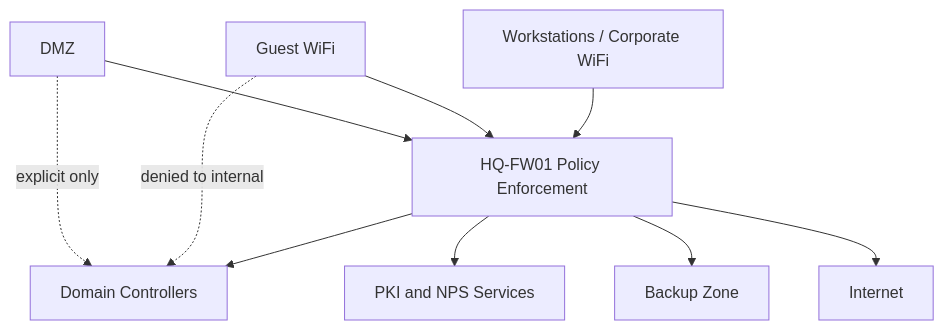
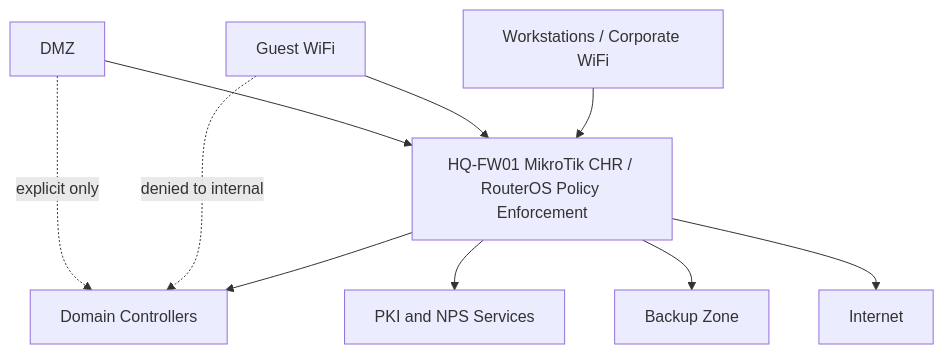
The third of 5 diagrams in docs/architecture/enterprise-lab-network-hld.md (gntech-dev/geil-enterprise-docs), drawn with Mermaid before and after one commit. The commit also changed other lines of this file and 15 other files, not shown here.

````diff
--- a/docs/architecture/enterprise-lab-network-hld.md
+++ b/docs/architecture/enterprise-lab-network-hld.md
@@ -151,21 +151,21 @@
 ```mermaid
 flowchart TD
     Client[Workstations / Corporate WiFi]
     DC[Domain Controllers]
     PKI[PKI and NPS Services]
     Backup[Backup Zone]
     Internet[Internet]
     Guest[Guest WiFi]
     DMZ[DMZ]
-    FW[HQ-FW01 Policy Enforcement]
+    FW[HQ-FW01 MikroTik CHR / RouterOS Policy Enforcement]
 
     Client --> FW
     Guest --> FW
     DMZ --> FW
     FW --> DC
     FW --> PKI
     FW --> Backup
     FW --> Internet
     Guest -. denied to internal .-> DC
     DMZ -. explicit only .-> DC
 ```
````
